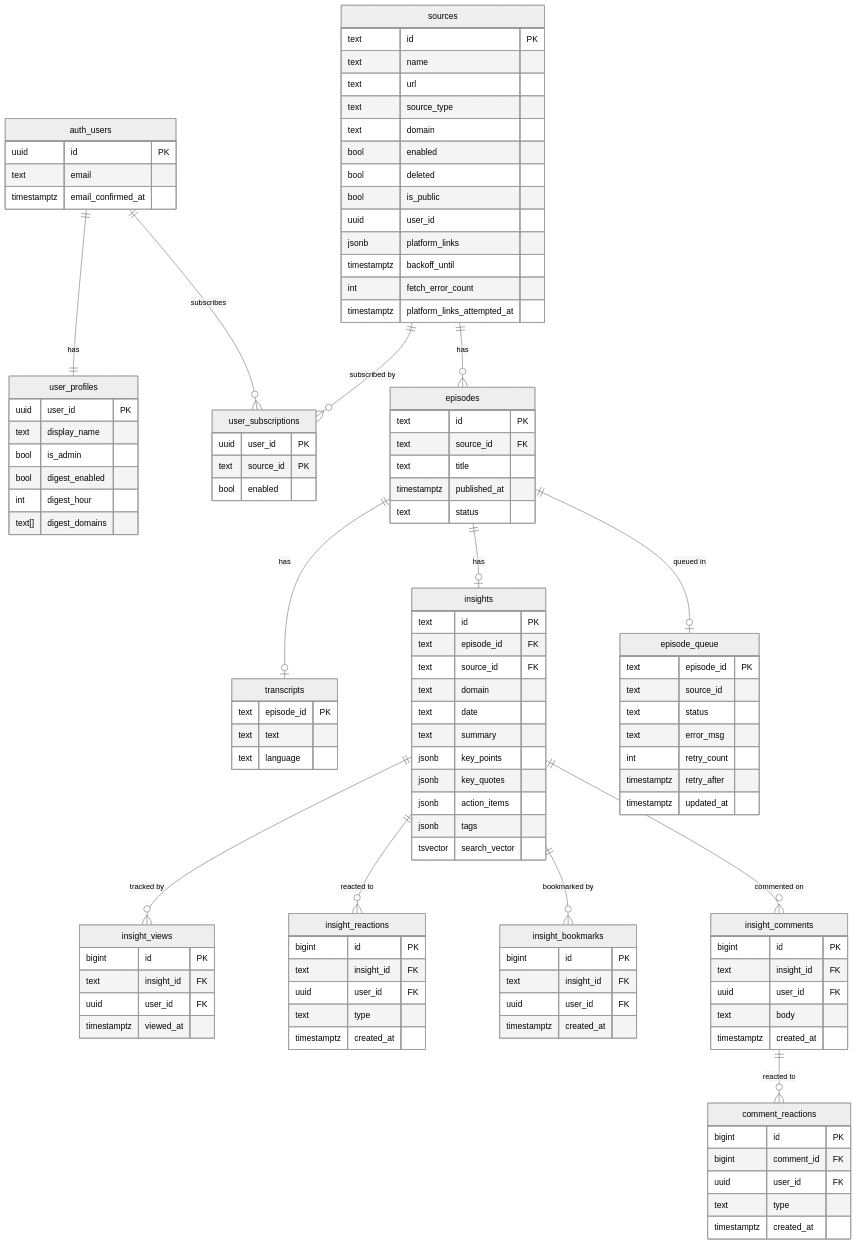
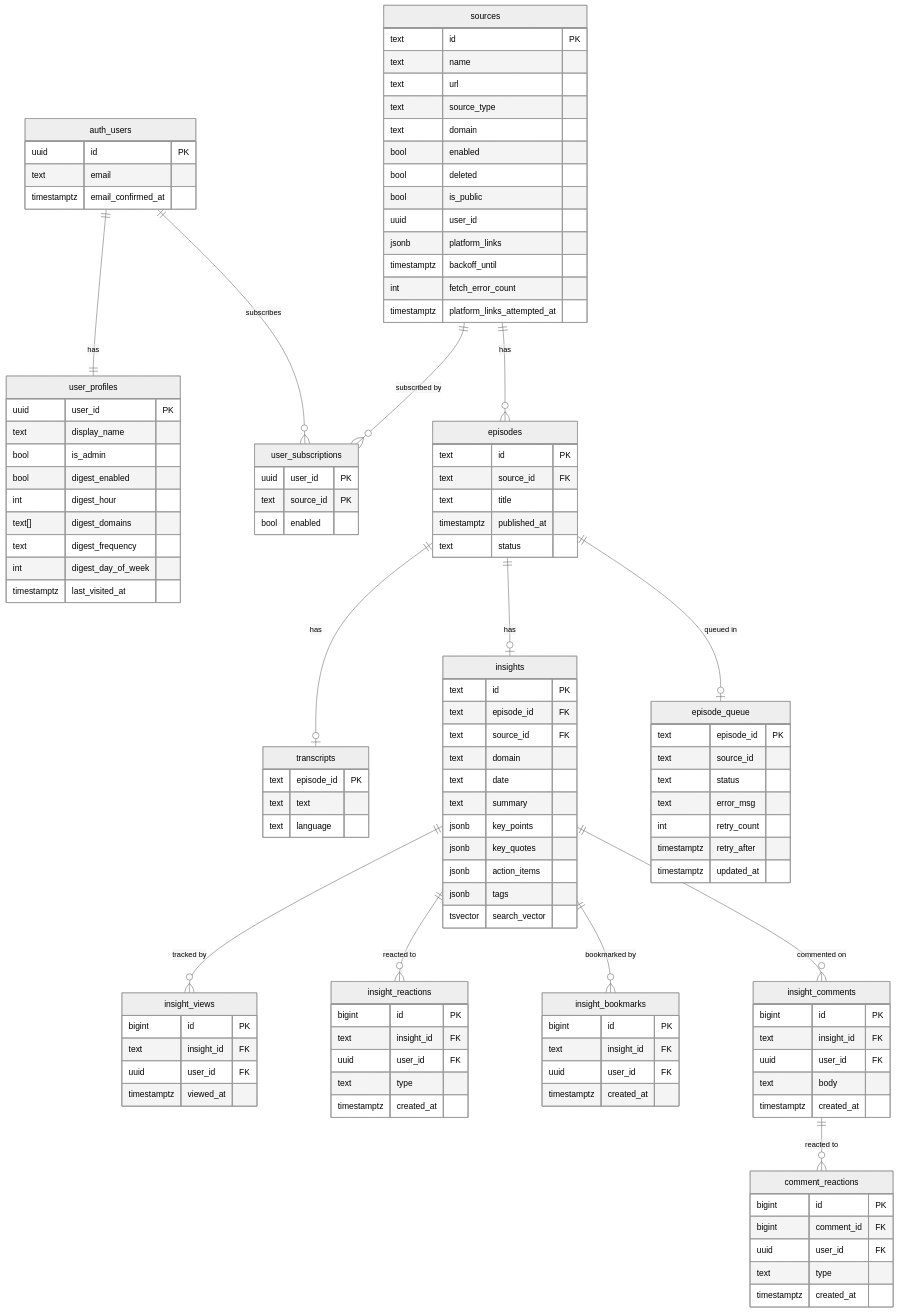
Before and after one commit to vtghub/PodcastsSummarizer: the second of 2 diagrams in docs/architecture.md, drawn with Mermaid (neutral theme). The commit also changed other lines of this file and 2 other files, not shown here.

Commit message:
docs: update architecture and workflow diagrams post-PR #168 and #169
- README: migrations 011/012 in project tree; WelcomeOnboarding component;
  profile page and ProfileForm entries updated for digest frequency;
  /api/profile route comment updated; multi-user model adds digest_frequency,
  digest_day_of_week, last_visited_at; digest fan-out step 4 documents
  weekly frequency skip logic; Dashboard Features table: new Onboarding row,
  Profile row updated with Daily/Weekly toggle
- architecture.md: PROFILES node updated with new columns; erDiagram
  user_profiles gains digest_frequency, digest_day_of_week, last_visited_at
- request-workflow.md: pipeline fan-out loop shows weekly skip branch;
  profile update sequence reflects new fields

```diff
--- a/docs/architecture.md
+++ b/docs/architecture.md
@@ -162,6 +162,9 @@
         bool digest_enabled
         int  digest_hour
         text[] digest_domains
+        text digest_frequency
+        int  digest_day_of_week
+        timestamptz last_visited_at
     }
     user_subscriptions {
         uuid user_id PK
```
